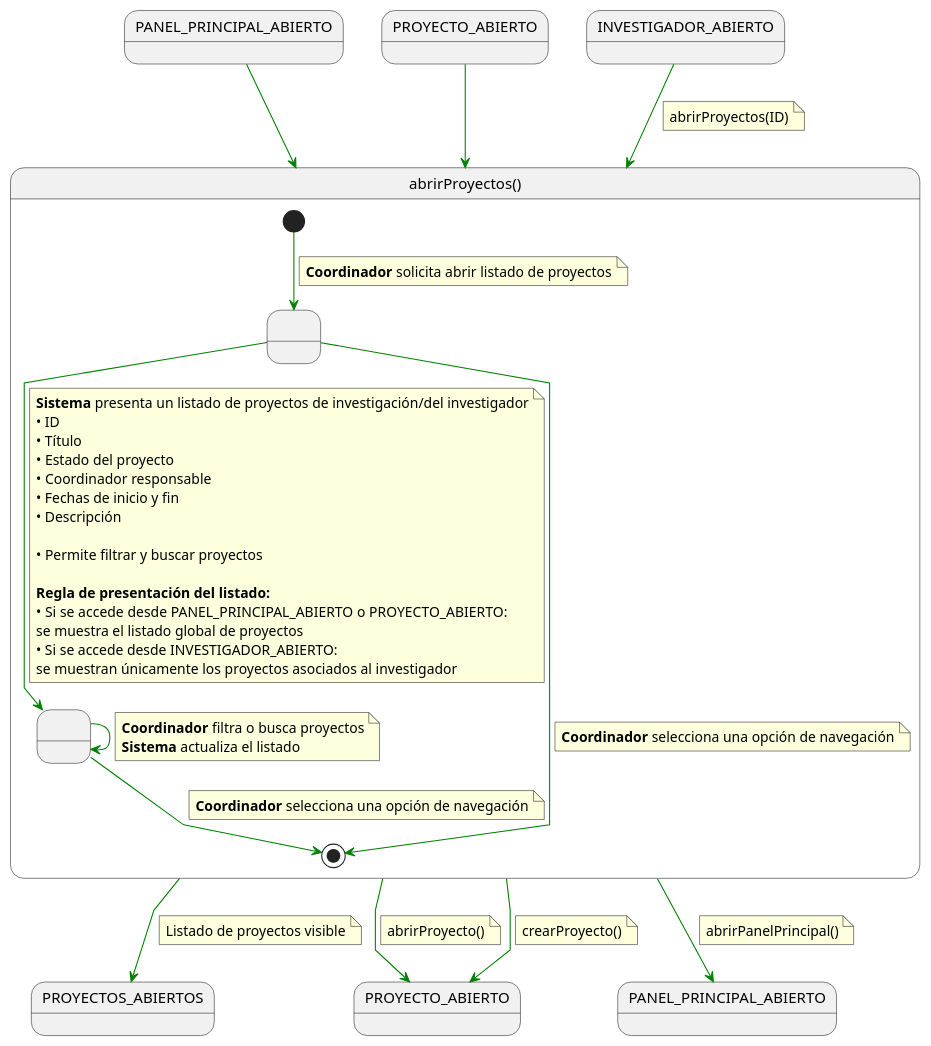
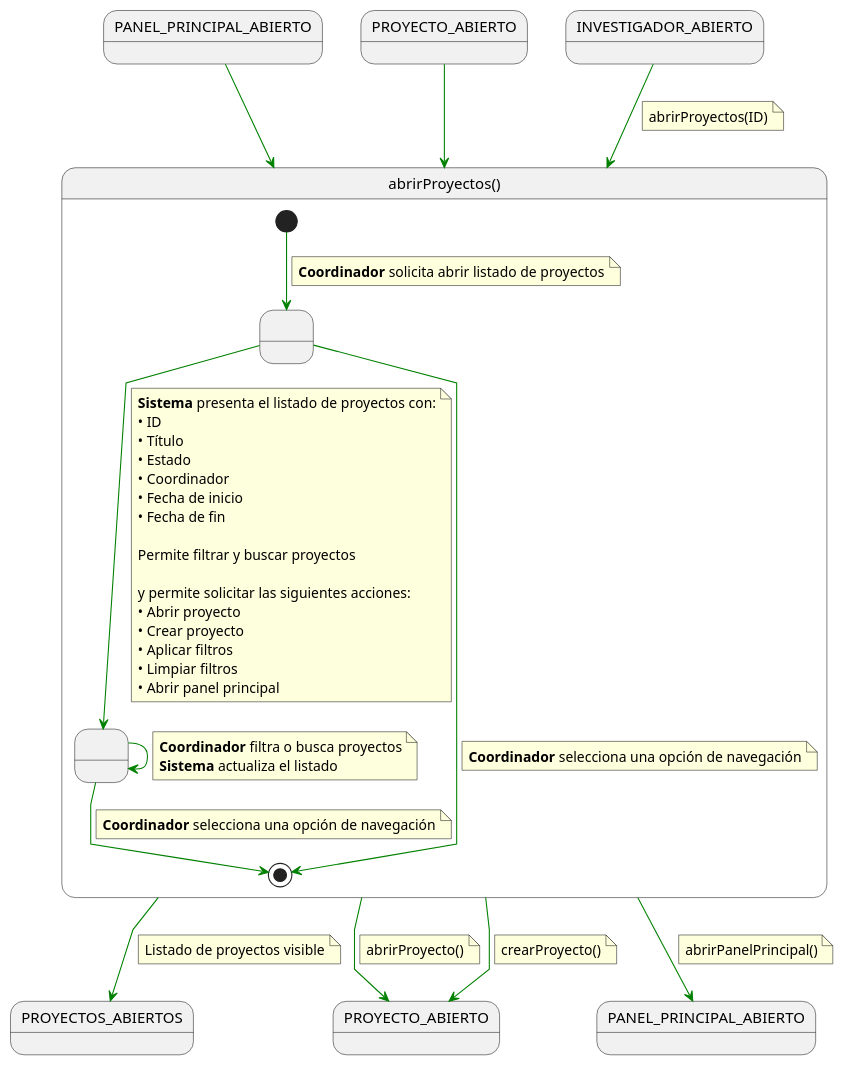
Before and after one commit to 31Diego/25-26-IdSw1-SdR: the diagram in documents/casosDeUso/detalle/coordinador/02-gestion-proyectos/abrirProyectos/abrirProyectos.puml, drawn with PlantUML. The commit also changed 9 other files, not shown here.

```diff
--- a/documents/casosDeUso/detalle/coordinador/02-gestion-proyectos/abrirProyectos/abrirProyectos.puml
+++ b/documents/casosDeUso/detalle/coordinador/02-gestion-proyectos/abrirProyectos/abrirProyectos.puml
@@ -1,83 +1,84 @@
 @startuml abrirProyectos
 skinparam linetype polyline
 
 state in1 as "PANEL_PRINCIPAL_ABIERTO"
 in1 -[#green]-> abrirProyectos
 
 state in2 as "PROYECTO_ABIERTO"
 in2 -[#green]-> abrirProyectos
 
 state in3 as "INVESTIGADOR_ABIERTO"
 in3 -[#green]-> abrirProyectos
 note on link
 abrirProyectos(ID)
 end note
 
 
 state abrirProyectos as "abrirProyectos()" {
 
     state " " as MostrandoLista
     state " " as FiltrandoLista
 
     [*] -[#green]-> MostrandoLista
     note on link
     <b>Coordinador</b> solicita abrir listado de proyectos
     end note
 
     MostrandoLista -[#green]-> FiltrandoLista
     note on link
-    <b>Sistema</b> presenta un listado de proyectos de investigación/del investigador
+    <b>Sistema</b> presenta el listado de proyectos con:
     • ID
     • Título
-    • Estado del proyecto
-    • Coordinador responsable
-    • Fechas de inicio y fin
-    • Descripción
-    
-    • Permite filtrar y buscar proyectos
+    • Estado
+    • Coordinador
+    • Fecha de inicio
+    • Fecha de fin
 
-    <b>Regla de presentación del listado:</b>
-    • Si se accede desde PANEL_PRINCIPAL_ABIERTO o PROYECTO_ABIERTO:
-    se muestra el listado global de proyectos
-    • Si se accede desde INVESTIGADOR_ABIERTO:
-    se muestran únicamente los proyectos asociados al investigador
+    Permite filtrar y buscar proyectos
+
+    y permite solicitar las siguientes acciones:
+    • Abrir proyecto
+    • Crear proyecto
+    • Aplicar filtros
+    • Limpiar filtros
+    • Abrir panel principal
     end note
 
     FiltrandoLista -[#green]-> FiltrandoLista
     note on link
     <b>Coordinador</b> filtra o busca proyectos
     <b>Sistema</b> actualiza el listado
     end note
 
     FiltrandoLista -[#green]-> [*]
     note on link
     <b>Coordinador</b> selecciona una opción de navegación
     end note
 
     MostrandoLista -[#green]-> [*]
     note on link
     <b>Coordinador</b> selecciona una opción de navegación
     end note
 }
 
 abrirProyectos -[#green]-> PROYECTOS_ABIERTOS
 note on link
 Listado de proyectos visible
 end note
 
 abrirProyectos -[#green]-> PROYECTO_ABIERTO
 note on link
 abrirProyecto()
 end note
 
 abrirProyectos -[#green]-> PROYECTO_ABIERTO
 note on link
 crearProyecto()
 end note
 
 abrirProyectos -[#green]-> PANEL_PRINCIPAL_ABIERTO
 note on link
 abrirPanelPrincipal()
 end note
 
 @enduml
```
